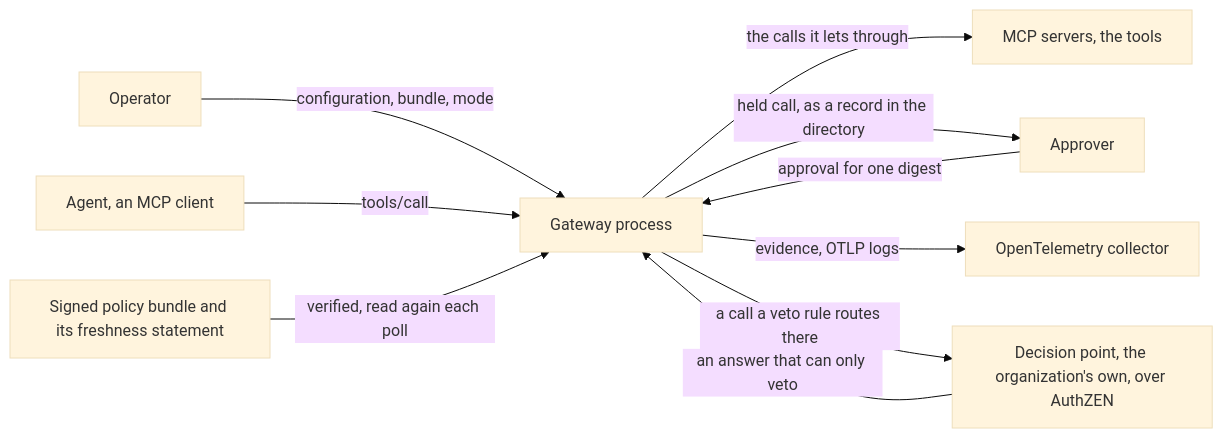
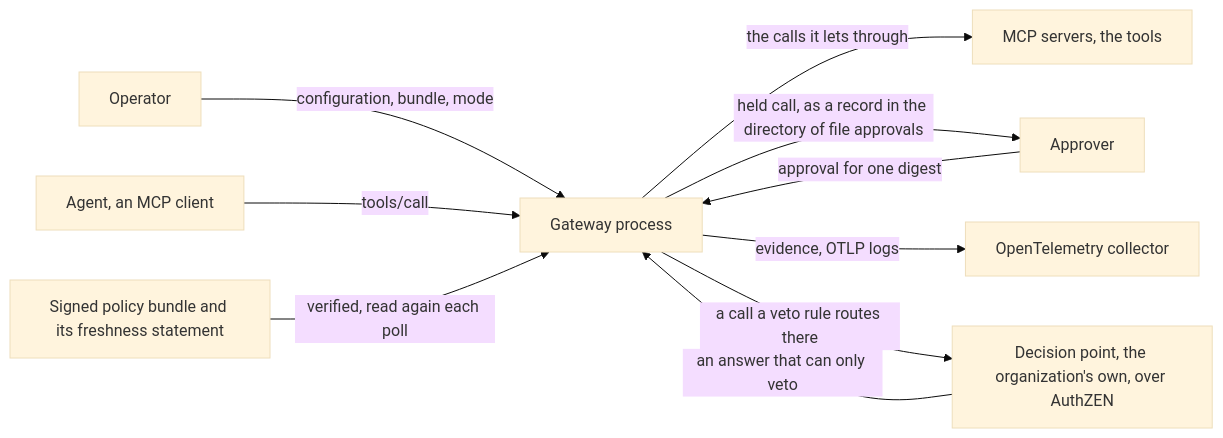
The first of 4 diagrams in docs/concepts/architecture.md (guardana/control), drawn with Mermaid (base theme) before and after one commit. The commit also changed 28 other files, not shown here.

````diff
--- a/docs/concepts/architecture.md
+++ b/docs/concepts/architecture.md
@@ -20,22 +20,22 @@
 ```mermaid
 flowchart LR
     accTitle: The system in context
     accDescr: The agent's tool calls pass through the gateway process, which reads a signed bundle and the statement that keeps it current, sends held calls to an approver, asks a decision point that can only veto, forwards the calls it lets through and exports evidence to a collector.
     OP[Operator]
     AG["Agent, an MCP client"]
     APR[Approver]
     GW["Gateway process"]
     SRV["MCP servers, the tools"]
     BUNDLE["Signed policy bundle and its freshness statement"]
     COL["OpenTelemetry collector"]
     PDP["Decision point, the organization's own, over AuthZEN"]
     OP -->|configuration, bundle, mode| GW
     AG -->|tools/call| GW
     GW -->|the calls it lets through| SRV
-    GW -->|held call, as a record in the directory| APR
+    GW -->|held call, as a record in the directory of file approvals| APR
     APR -->|approval for one digest| GW
     BUNDLE -->|verified, read again each poll| GW
     GW -->|evidence, OTLP logs| COL
     GW -->|a call a veto rule routes there| PDP
     PDP -->|an answer that can only veto| GW
 ```
````
